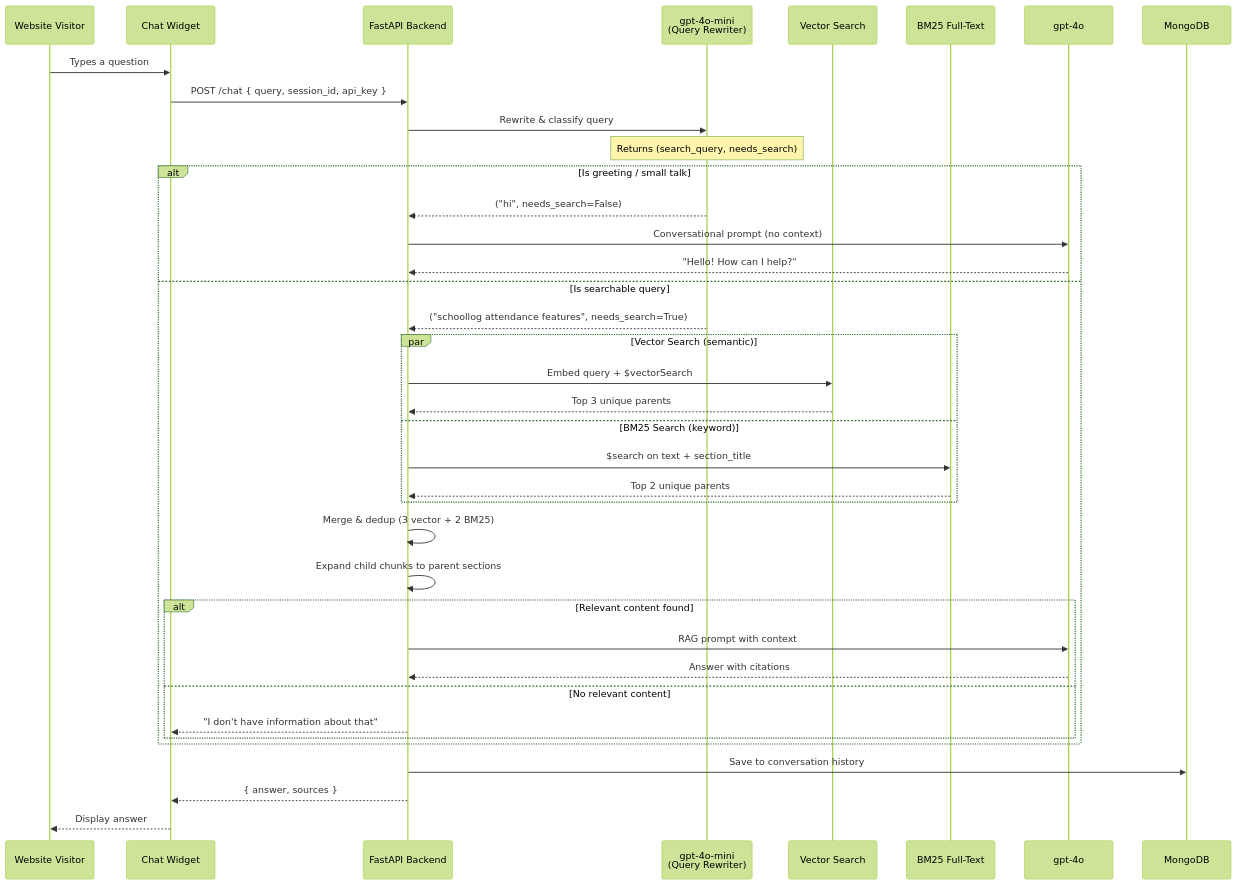
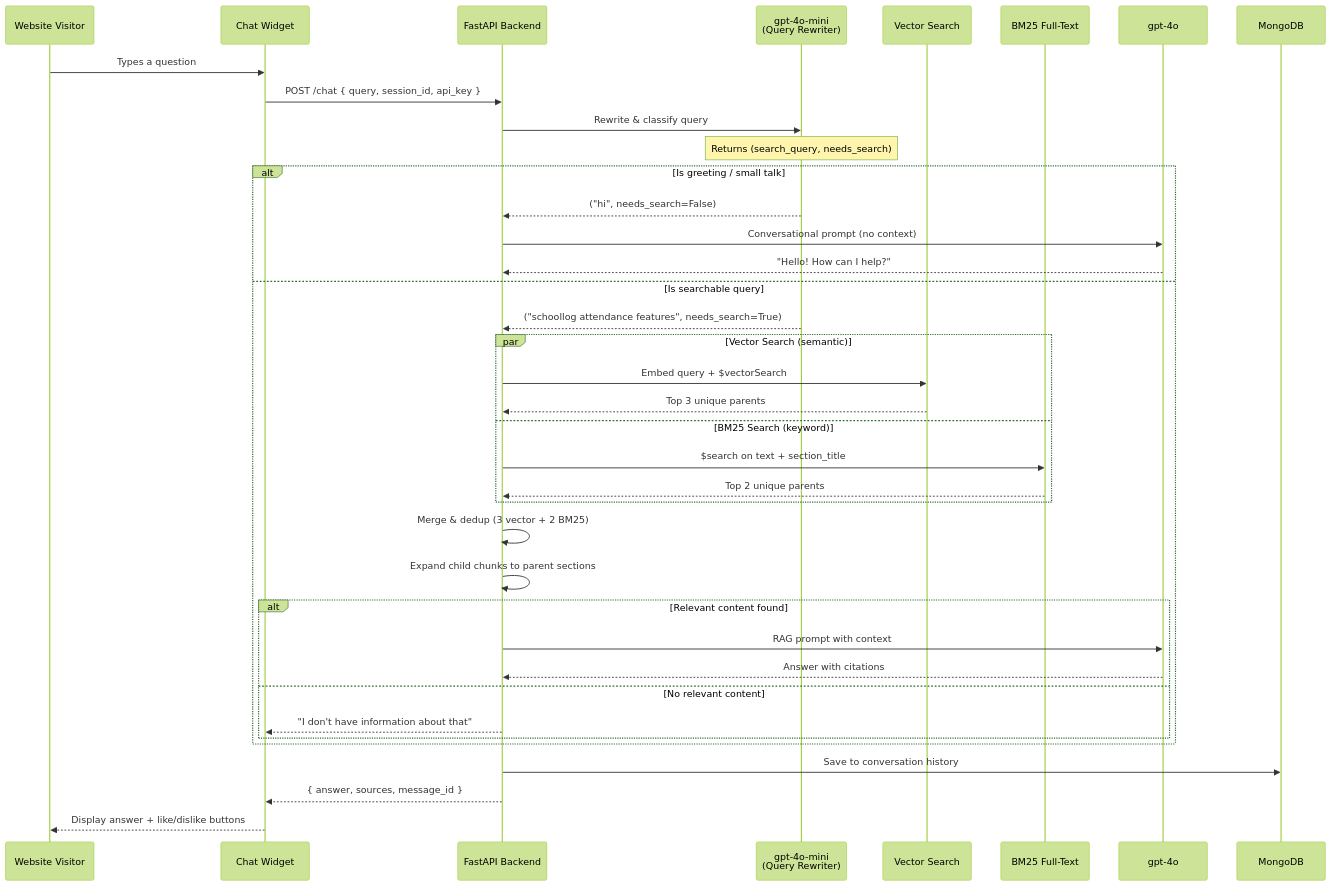
One commit to Himanshu-Jha-rgb/AI_Chatbot_widget changed the second of 5 diagrams in README.md. Above: the diagram before and after it, drawn with Mermaid (forest theme). The commit also changed other lines of this file and 13 other files, not shown here.

````diff
--- a/README.md
+++ b/README.md
@@ -22,47 +22,47 @@
 ```mermaid
 sequenceDiagram
     participant User as Website Visitor
     participant Widget as Chat Widget
     participant API as FastAPI Backend
     participant Rewriter as gpt-4o-mini<br/>(Query Rewriter)
     participant Vector as Vector Search
     participant BM25 as BM25 Full-Text
     participant GPT as gpt-4o
 
     User->>Widget: Types a question
     Widget->>API: POST /chat { query, session_id, api_key }
     
     API->>Rewriter: Rewrite & classify query
     Note over Rewriter: Returns (search_query, needs_search)
     
     alt Is greeting / small talk
         Rewriter-->>API: ("hi", needs_search=False)
         API->>GPT: Conversational prompt (no context)
         GPT-->>API: "Hello! How can I help?"
     
     else Is searchable query
         Rewriter-->>API: ("schoollog attendance features", needs_search=True)
         
         par Vector Search (semantic)
             API->>Vector: Embed query + $vectorSearch
             Vector-->>API: Top 3 unique parents
         and BM25 Search (keyword)
             API->>BM25: $search on text + section_title
             BM25-->>API: Top 2 unique parents
         end
         
         API->>API: Merge & dedup (3 vector + 2 BM25)
         API->>API: Expand child chunks to parent sections
         
         alt Relevant content found
             API->>GPT: RAG prompt with context
             GPT-->>API: Answer with citations
         else No relevant content
             API-->>Widget: "I don't have information about that"
         end
     end
     
     API->>MongoDB: Save to conversation history
-    API-->>Widget: { answer, sources }
-    Widget-->>User: Display answer
+    API-->>Widget: { answer, sources, message_id }
+    Widget-->>User: Display answer + like/dislike buttons
 ```
````
